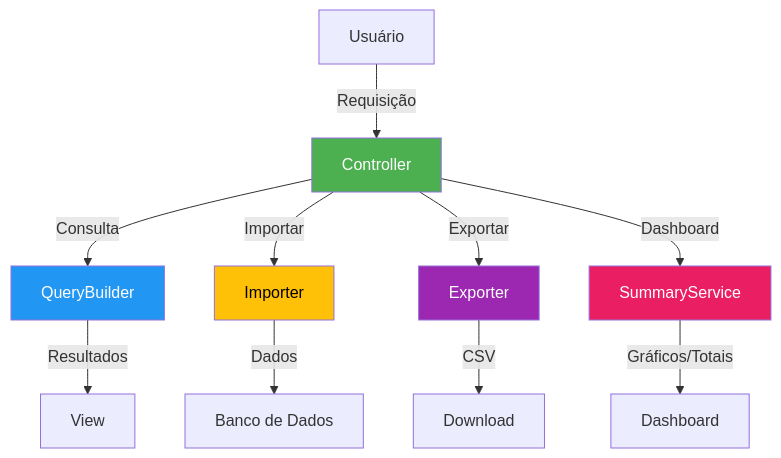
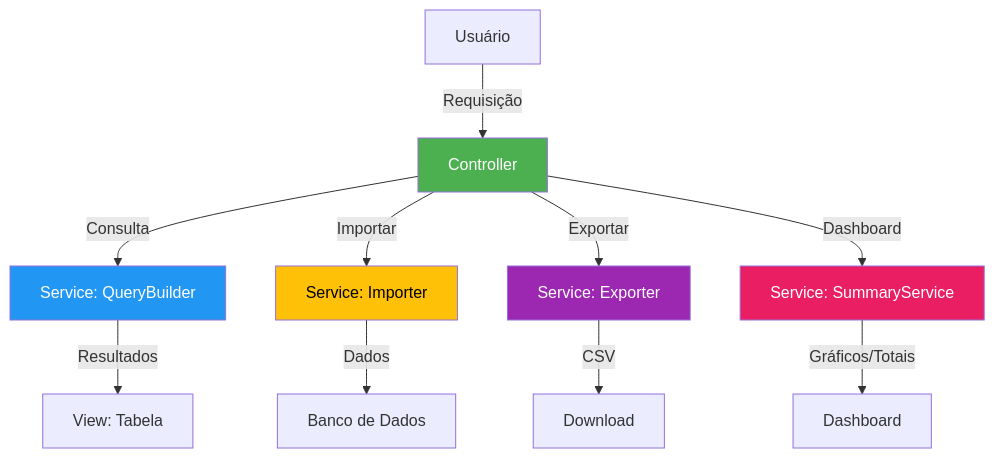
The first of 2 diagrams in docs/Descritivo.md (LAMP-LUCAS/foton_cash_flow), drawn with Mermaid before and after one commit. The commit also changed other lines of this file and 7 other files, not shown here.

````diff
--- a/docs/Descritivo.md
+++ b/docs/Descritivo.md
@@ -52,18 +53,18 @@
 ```mermaid
 graph TD
     A[Usuário] -->|Requisição| B[Controller]
-    B -->|Consulta| C[QueryBuilder]
-    B -->|Importar| D[Importer]
-    B -->|Exportar| E[Exporter]
-    B -->|Dashboard| F[SummaryService]
-    C -->|Resultados| G[View]
+    B -->|Consulta| C[Service: QueryBuilder]
+    B -->|Importar| D[Service: Importer]
+    B -->|Exportar| E[Service: Exporter]
+    B -->|Dashboard| F[Service: SummaryService]
+    C -->|Resultados| G[View: Tabela]
     D -->|Dados| H[Banco de Dados]
     E -->|CSV| I[Download]
     F -->|Gráficos/Totais| J[Dashboard]
     
     style B fill:#4CAF50,color:white
     style C fill:#2196F3,color:white
     style D fill:#FFC107,color:black
     style E fill:#9C27B0,color:white
     style F fill:#E91E63,color:white
 ```
````
